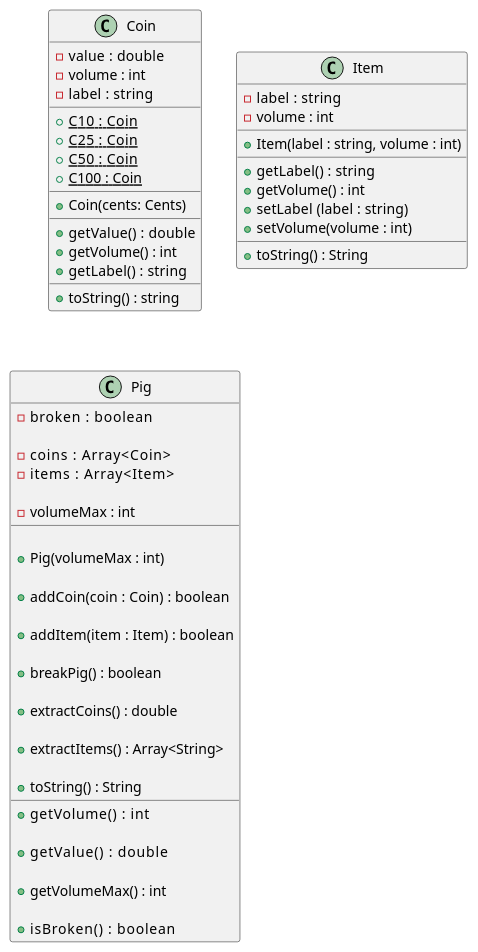
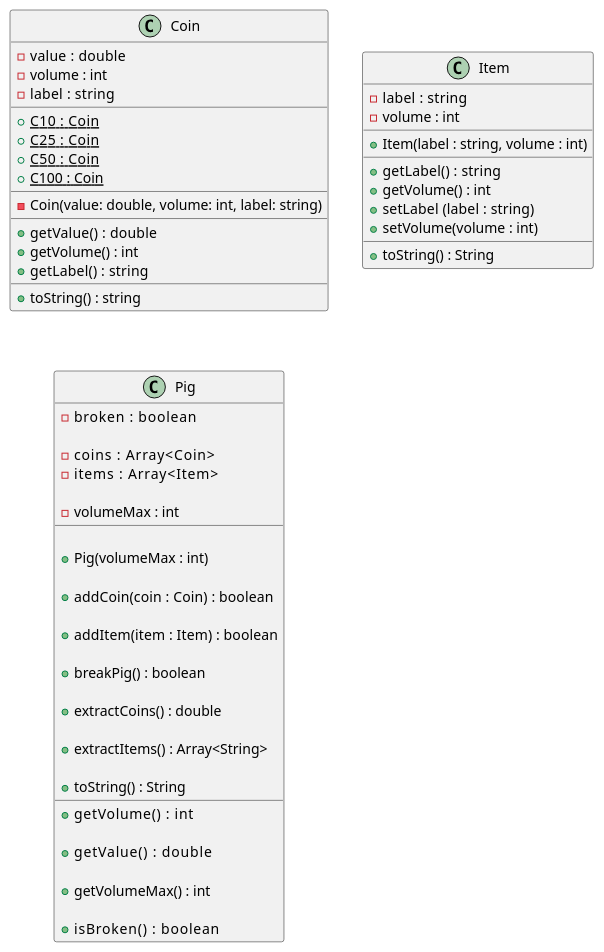
Before and after one commit to qxcodepoo/arcade: the diagram in base/017/.cache/Readme.md, drawn with PlantUML. The commit also changed 12 other files, not shown here.

Commit message:
feat: add 017 cpp and 014 java, fix: porquinho diagrama

```diff
--- a/base/017/.cache/Readme.md
+++ b/base/017/.cache/Readme.md
@@ -46,7 +46,7 @@
   + {static} C50  : Coin
   + {static} C100 : Coin
   __
-  + Coin(cents: Cents)
+  - Coin(value: double, volume: int, label: string)
   __
   + getValue()  : double
   + getVolume() : int
```
